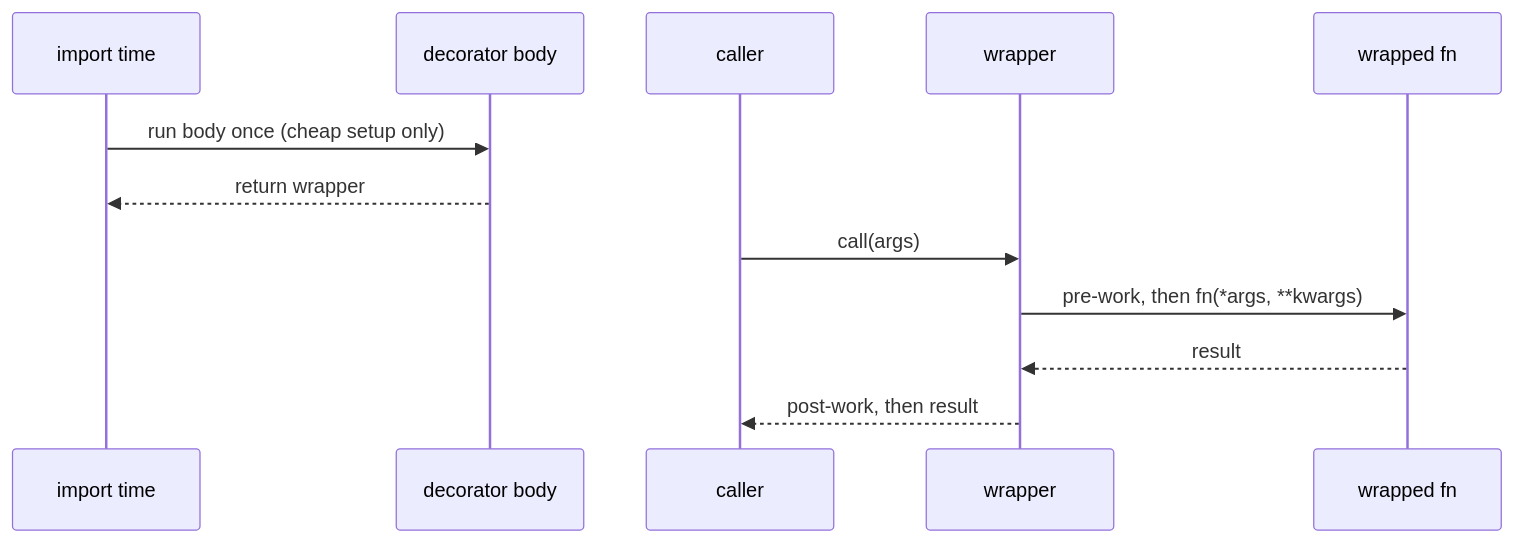
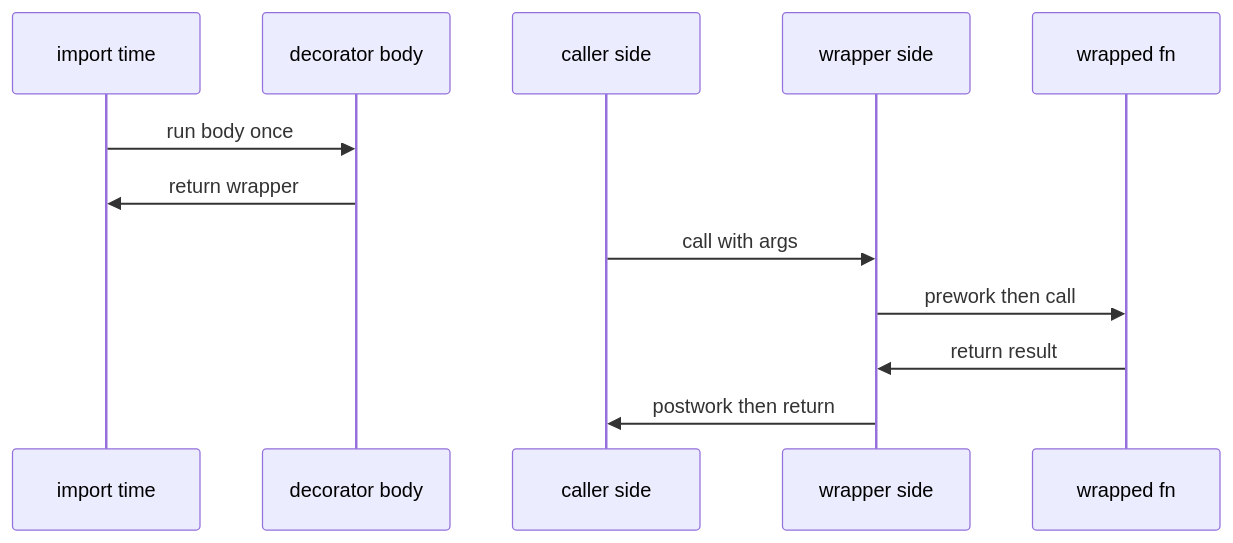
Before and after one commit to AslamNazeerShaikh/Python-Material: the first of 2 diagrams in docs/learning/05-decorators.md, drawn with Mermaid. The commit also changed other lines of this file and 16 other files, not shown here.

Commit message:
docs(learning): rebuild all mermaid in safe subset

````diff
--- a/docs/learning/05-decorators.md
+++ b/docs/learning/05-decorators.md
@@ -212,14 +212,14 @@
 ```mermaid
 sequenceDiagram
     participant Imp as import time
     participant Def as decorator body
-    participant Call as caller
-    participant Wrap as wrapper
+    participant Call as caller side
+    participant Wrap as wrapper side
     participant Fn as wrapped fn
-    Imp->>Def: run body once (cheap setup only)
-    Def-->>Imp: return wrapper
-    Call->>Wrap: call(args)
-    Wrap->>Fn: pre-work, then fn(*args, **kwargs)
-    Fn-->>Wrap: result
-    Wrap-->>Call: post-work, then result
+    Imp->>Def: run body once
+    Def->>Imp: return wrapper
+    Call->>Wrap: call with args
+    Wrap->>Fn: prework then call
+    Fn->>Wrap: return result
+    Wrap->>Call: postwork then return
 ```
````
